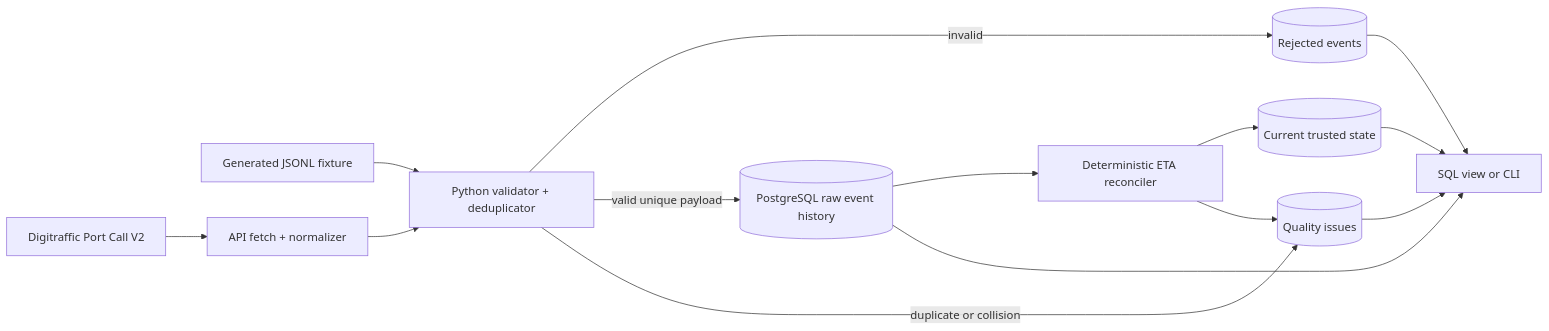
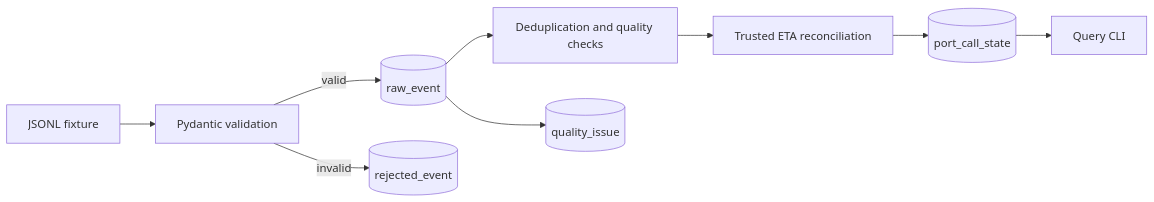
The first of 2 diagrams in ARCHITECTURE.md (aminnkhann/PortPulse), drawn with Mermaid before and after one commit. The commit also changed other lines of this file and 17 other files, not shown here.

````diff
--- a/ARCHITECTURE.md
+++ b/ARCHITECTURE.md
@@ -15,16 +7,11 @@
-```mermaid
+~~~mermaid
 flowchart LR
-    S[Generated JSONL fixture] --> V[Python validator + deduplicator]
-    D[Digitraffic Port Call V2] --> A[API fetch + normalizer]
-    A --> V
-    V -->|invalid| X[(Rejected events)]
-    V -->|valid unique payload| H[(PostgreSQL raw event history)]
-    V -->|duplicate or collision| Q[(Quality issues)]
-    H --> R[Deterministic ETA reconciler]
-    R --> T[(Current trusted state)]
-    R --> Q
-    T --> CLI[SQL view or CLI]
-    H --> CLI
-    X --> CLI
-    Q --> CLI
-```
+    F[JSONL fixture] --> V[Pydantic validation]
+    V -->|valid| R[(raw_event)]
+    V -->|invalid| Q[(rejected_event)]
+    R --> D[Deduplication and quality checks]
+    D --> T[Trusted ETA reconciliation]
+    T --> S[(port_call_state)]
+    R --> H[(quality_issue)]
+    S --> C[Query CLI]
+~~~
````
